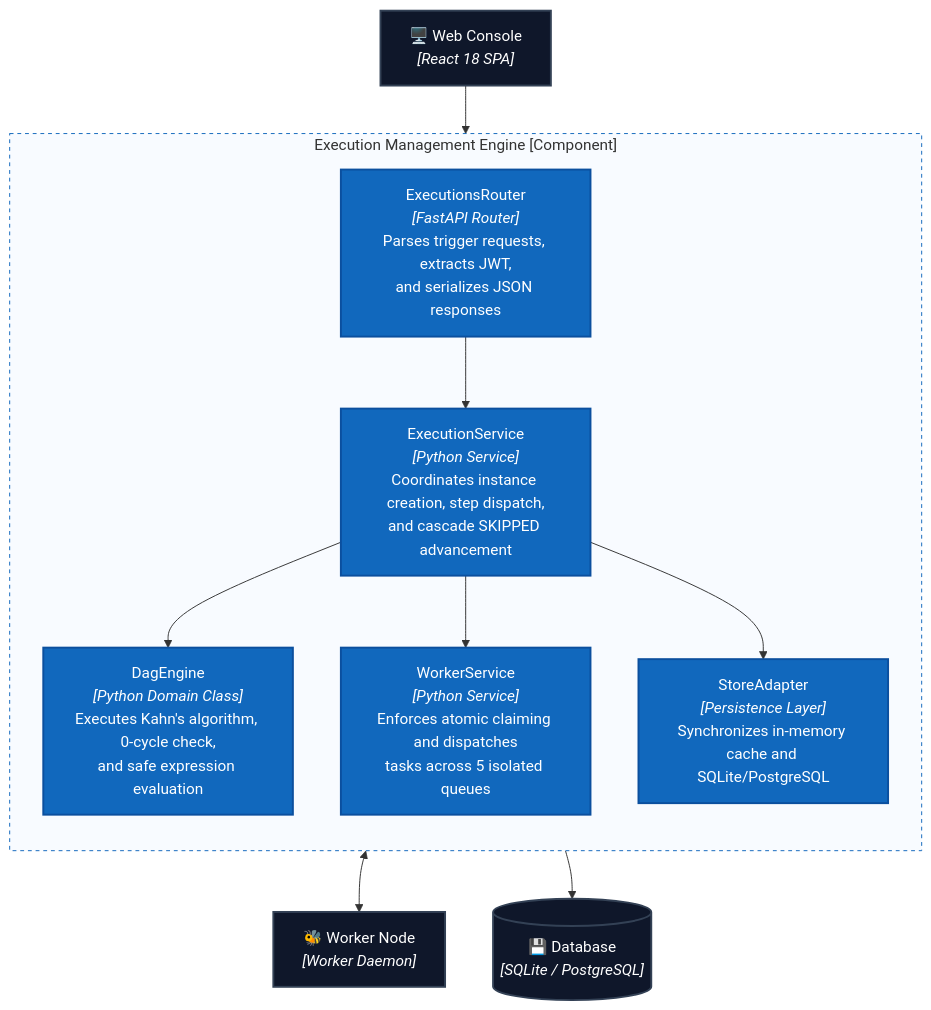
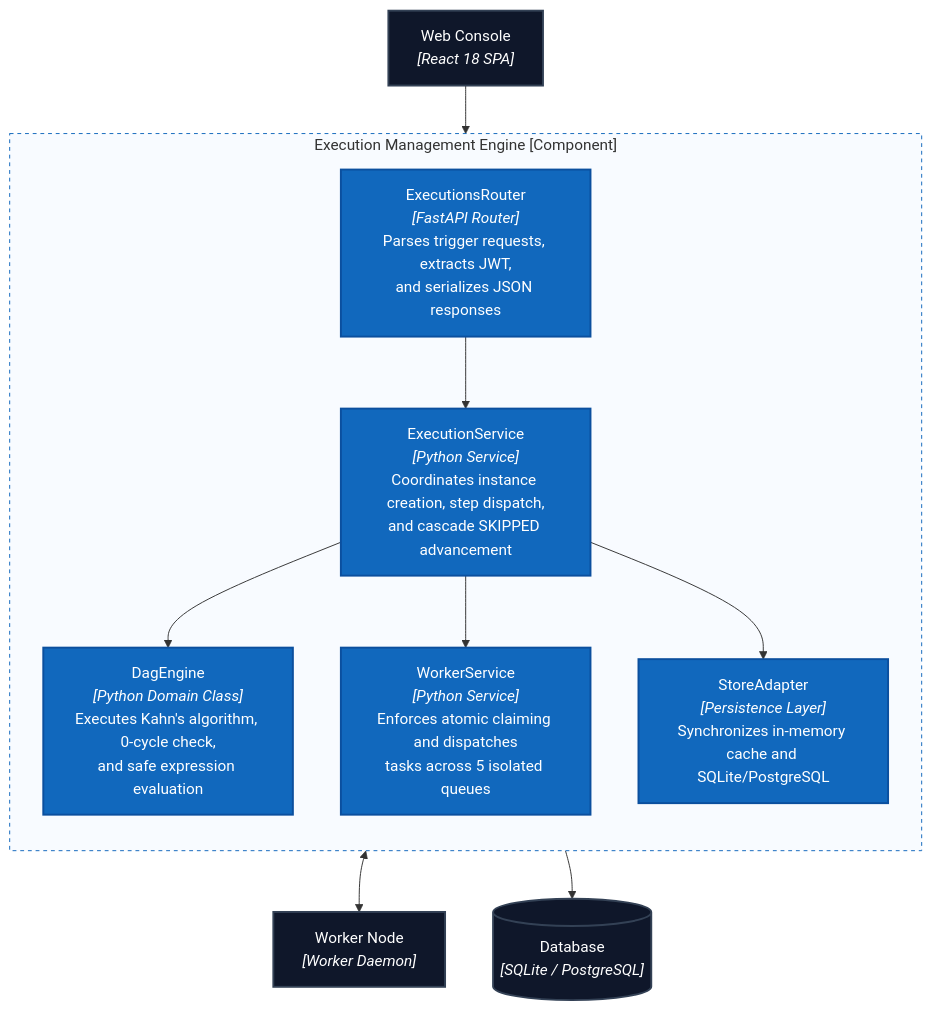
Before and after one commit to AnCoder1310/FlowForge: the sixth of 11 diagrams in README.md, drawn with Mermaid. The commit also changed other lines of this file and 28 other files, not shown here.

Commit message:
feat: complete FlowForge production-ready DAG engine, conditional branching, visual studio, and fix dashboard metrics anti-jitter

````diff
--- a/README.md
+++ b/README.md
@@ -608,30 +608,30 @@
 ```mermaid
 flowchart TB
     subgraph executionEngine["Execution Management Engine [Component]"]
         direction TB
         handler["ExecutionsRouter<br/><i>[FastAPI Router]</i><br/>Parses trigger requests, extracts JWT,<br/>and serializes JSON responses"]
         service["ExecutionService<br/><i>[Python Service]</i><br/>Coordinates instance creation, step dispatch,<br/>and cascade SKIPPED advancement"]
         engine["DagEngine<br/><i>[Python Domain Class]</i><br/>Executes Kahn's algorithm, 0-cycle check,<br/>and safe expression evaluation"]
         queue["WorkerService<br/><i>[Python Service]</i><br/>Enforces atomic claiming and dispatches<br/>tasks across 5 isolated queues"]
         store["StoreAdapter<br/><i>[Persistence Layer]</i><br/>Synchronizes in-memory cache and SQLite/PostgreSQL"]
 
         handler --> service
         service --> engine
         service --> queue
         service --> store
     end
 
-    web["🖥️ Web Console<br/><i>[React 18 SPA]</i>"]
-    worker["🐝 Worker Node<br/><i>[Worker Daemon]</i>"]
-    db[("💾 Database<br/><i>[SQLite / PostgreSQL]</i>")]
+    web["Web Console<br/><i>[React 18 SPA]</i>"]
+    worker["Worker Node<br/><i>[Worker Daemon]</i>"]
+    db[("Database<br/><i>[SQLite / PostgreSQL]</i>")]
 
     web --> handler
     queue <--> worker
     store --> db
 
     classDef comp fill:#1168bd,color:#fff,stroke:#0b4f9e,stroke-width:2px;
     classDef ext fill:#0f172a,color:#fff,stroke:#334155,stroke-width:2px;
     class handler,service,engine,queue,store comp
     class web,worker,db ext
     style executionEngine fill:#f8fbff,stroke:#1168bd,stroke-dasharray:4 4
 ```
````
